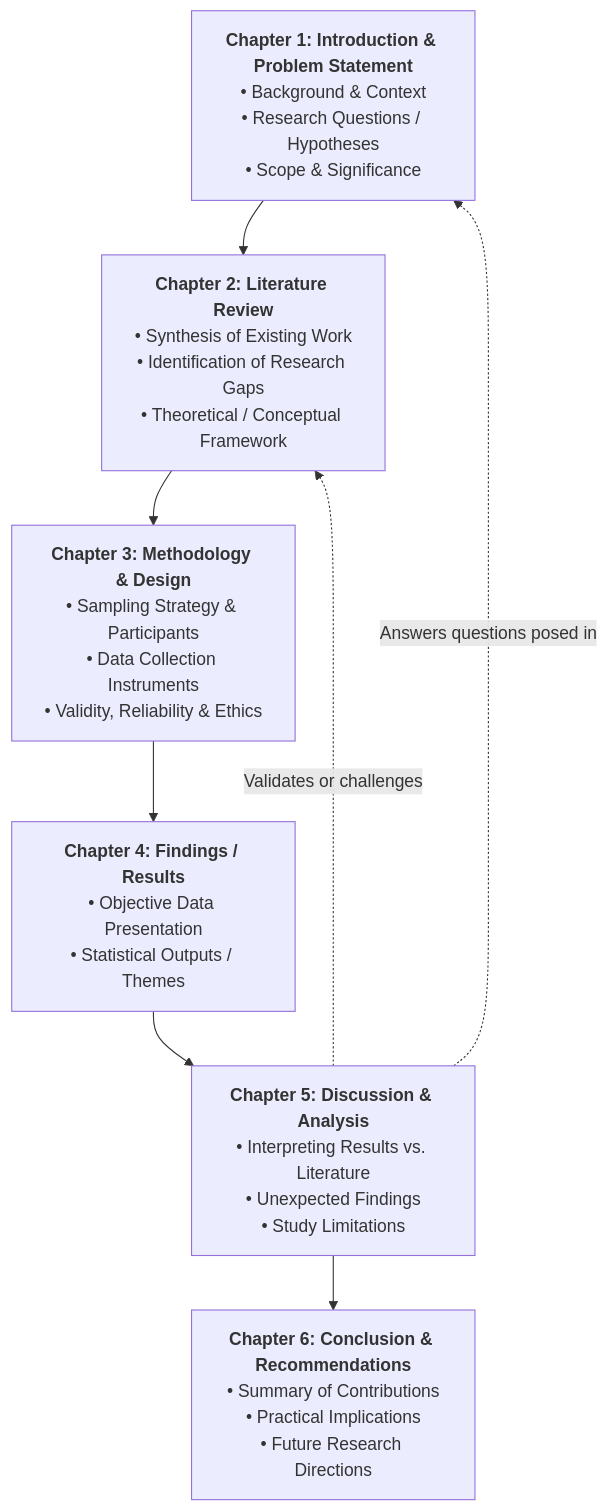
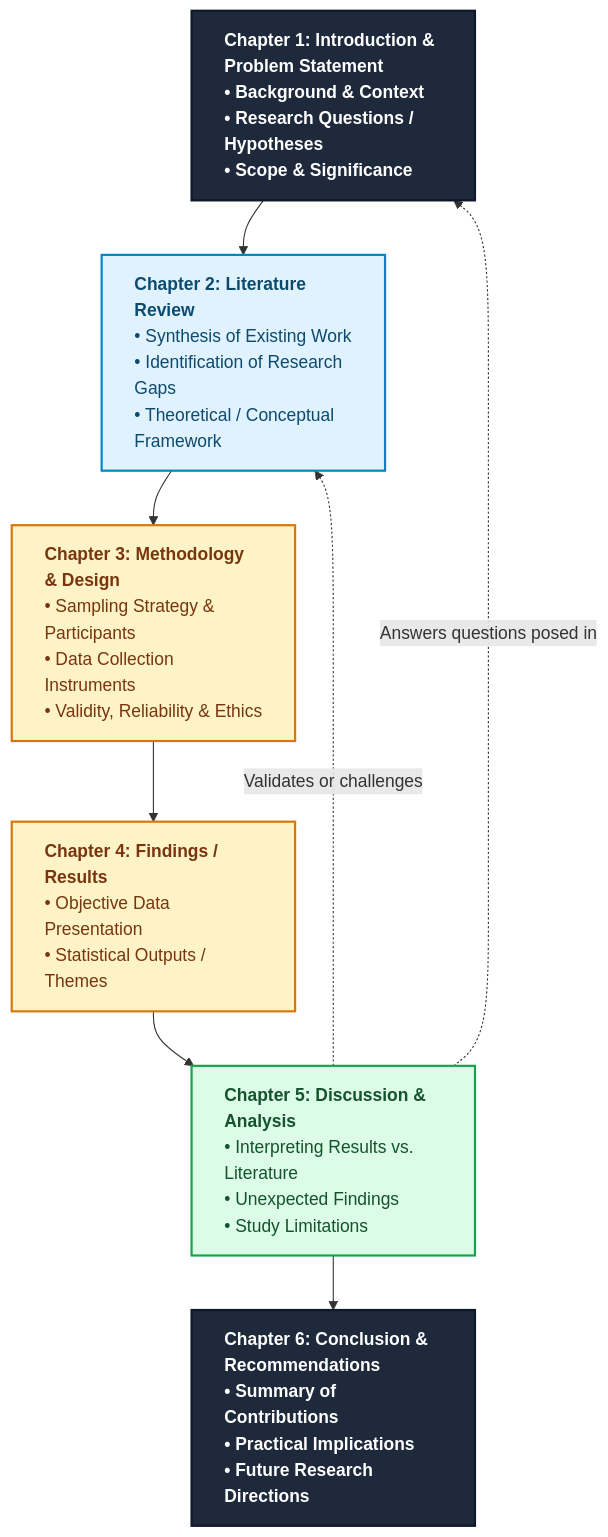
One commit to Merceline10/My-First_Ever changed the diagram in Research_Design V2.md. Above: the diagram before and after it, drawn with Mermaid.

Commit message:
Refactor chapter definitions in Research Design

````diff
--- a/Research_Design V2.md
+++ b/Research_Design V2.md
@@ -2,18 +2,18 @@
 ```mermaid
 flowchart TD
     classDef startend fill:#1e293b,stroke:#0f172a,stroke-width:2px,color:#ffffff,font-weight:bold,text-align:left
     classDef setup fill:#e0f2fe,stroke:#0284c7,stroke-width:2px,color:#0c4a6e,text-align:left
     classDef execution fill:#fef3c7,stroke:#d97706,stroke-width:2px,color:#78350f,text-align:left
     classDef synthesis fill:#dcfce7,stroke:#16a34a,stroke-width:2px,color:#14532d,text-align:left
 
-    Ch1["<b>Chapter 1: Introduction & Problem Statement</b><br/>• Background & Context<br/>• Research Questions / Hypotheses<br/>• Scope & Significance"]:::startend,text-align:center
-    Ch2["<b>Chapter 2: Literature Review</b><br/>• Synthesis of Existing Work<br/>• Identification of Research Gaps<br/>• Theoretical / Conceptual Framework"]:::setup,text-align:center
-    Ch3["<b>Chapter 3: Methodology & Design</b><br/>• Sampling Strategy & Participants<br/>• Data Collection Instruments<br/>• Validity, Reliability & Ethics"]:::execution,text-align:center
-    Ch4["<b>Chapter 4: Findings / Results</b><br/>• Objective Data Presentation<br/>• Statistical Outputs / Themes"]:::execution,text-align:center
-    Ch5["<b>Chapter 5: Discussion & Analysis</b><br/>• Interpreting Results vs. Literature<br/>• Unexpected Findings<br/>• Study Limitations"]:::synthesis,text-align:center
-    Ch6["<b>Chapter 6: Conclusion & Recommendations</b><br/>• Summary of Contributions<br/>• Practical Implications<br/>• Future Research Directions"]:::startend,text-align:center
+    Ch1["<b>Chapter 1: Introduction & Problem Statement</b><br/>• Background & Context<br/>• Research Questions / Hypotheses<br/>• Scope & Significance"]:::startend
+    Ch2["<b>Chapter 2: Literature Review</b><br/>• Synthesis of Existing Work<br/>• Identification of Research Gaps<br/>• Theoretical / Conceptual Framework"]:::setup
+    Ch3["<b>Chapter 3: Methodology & Design</b><br/>• Sampling Strategy & Participants<br/>• Data Collection Instruments<br/>• Validity, Reliability & Ethics"]:::execution
+    Ch4["<b>Chapter 4: Findings / Results</b><br/>• Objective Data Presentation<br/>• Statistical Outputs / Themes"]:::execution
+    Ch5["<b>Chapter 5: Discussion & Analysis</b><br/>• Interpreting Results vs. Literature<br/>• Unexpected Findings<br/>• Study Limitations"]:::synthesis
+    Ch6["<b>Chapter 6: Conclusion & Recommendations</b><br/>• Summary of Contributions<br/>• Practical Implications<br/>• Future Research Directions"]:::startend
 
     Ch1 --> Ch2 --> Ch3 --> Ch4 --> Ch5 --> Ch6
     Ch5 -. "Answers questions posed in" .-> Ch1
     Ch5 -. "Validates or challenges" .-> Ch2
 ```
````
